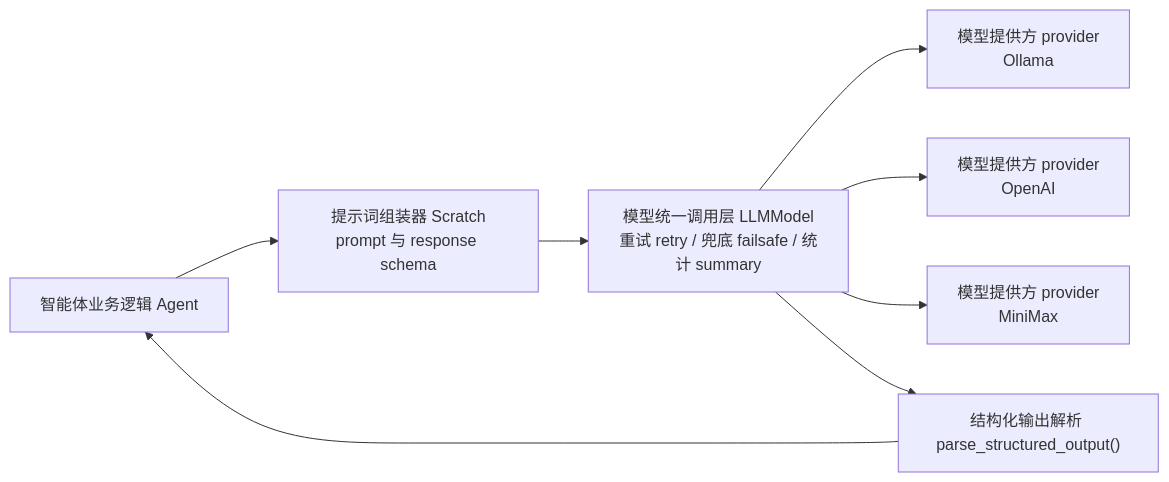
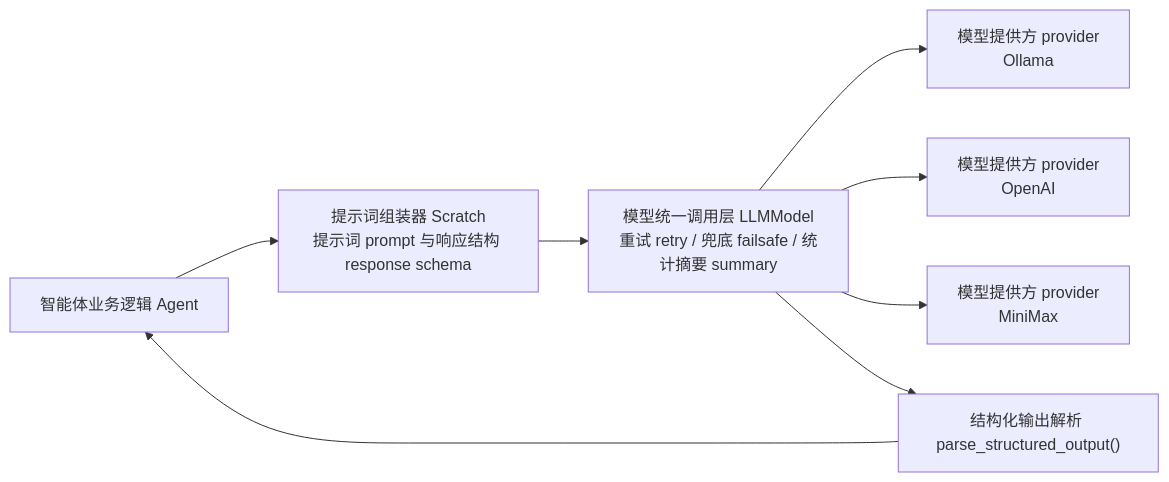
The first of 12 diagrams in docs/book/manuscript/part_03/chapter_22.md (tbkken/GenerativeAgentsCN), drawn with Mermaid before and after one commit. The commit also changed other lines of this file and 47 other files, not shown here.

````diff
--- a/docs/book/manuscript/part_03/chapter_22.md
+++ b/docs/book/manuscript/part_03/chapter_22.md
@@ -35,10 +35,10 @@
 ```mermaid
 flowchart LR
-    Agent["智能体业务逻辑 Agent"] --> Scratch["提示词组装器 Scratch<br/>prompt 与 response schema"]
-    Scratch --> LLMModel["模型统一调用层 LLMModel<br/>重试 retry / 兜底 failsafe / 统计 summary"]
+    Agent["智能体业务逻辑 Agent"] --> Scratch["提示词组装器 Scratch<br/>提示词 prompt 与响应结构 response schema"]
+    Scratch --> LLMModel["模型统一调用层 LLMModel<br/>重试 retry / 兜底 failsafe / 统计摘要 summary"]
     LLMModel --> Ollama["模型提供方 provider<br/>Ollama"]
     LLMModel --> OpenAI["模型提供方 provider<br/>OpenAI"]
     LLMModel --> MiniMax["模型提供方 provider<br/>MiniMax"]
     LLMModel --> Parser["结构化输出解析 parse_structured_output()"]
     Parser --> Agent
 ```
````
